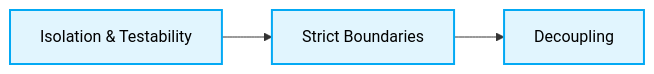
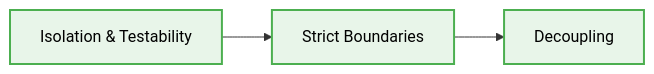
The second of 2 diagrams in architectures/microservices/readme.md (beginwebdev2002/best-practise), drawn with Mermaid before and after one commit. The commit also changed other lines of this file and 6 other files, not shown here.

Commit message:
refactor(arch): optimize space-based-architecture for deterministic Agent parsing

````diff
--- a/architectures/microservices/readme.md
+++ b/architectures/microservices/readme.md
@@ -53,7 +55,9 @@
 ```mermaid
 graph LR
     A[Isolation & Testability] --> B[Strict Boundaries]
     B --> C[Decoupling]
     classDef default fill:#e1f5fe,stroke:#03a9f4,stroke-width:2px,color:#000;
     class A,B,C default;
+    classDef component fill:#e8f5e9,stroke:#4caf50,stroke-width:2px,color:#000;
+    class A,C,B component;
 ```
````
